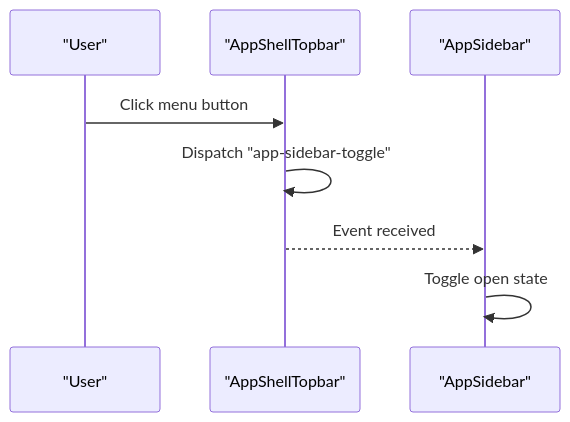
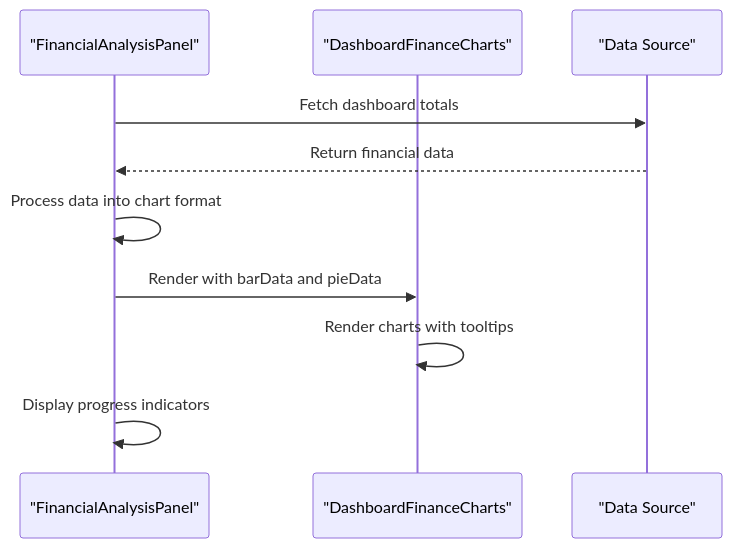
Before and after one commit to mustafaalkusaj/appschoolmustafa2002: the fourth of 5 diagrams in .qoder/repowiki/en/content/UI Components/UI Components.md, drawn with Mermaid. The commit also changed other lines of this file and 277 other files, not shown here.

````diff
--- a/.qoder/repowiki/en/content/UI Components/UI Components.md
+++ b/.qoder/repowiki/en/content/UI Components/UI Components.md
@@ -387,10 +376,12 @@
 ```mermaid
 sequenceDiagram
-participant U as "User"
-participant TB as "AppShellTopbar"
-participant SB as "AppSidebar"
-U->>TB : Click menu button
-TB->>TB : Dispatch "app-sidebar-toggle"
-TB-->>SB : Event received
-SB->>SB : Toggle open state
+participant FP as "FinancialAnalysisPanel"
+participant DC as "DashboardFinanceCharts"
+participant DS as "Data Source"
+FP->>DS : Fetch dashboard totals
+DS-->>FP : Return financial data
+FP->>FP : Process data into chart format
+FP->>DC : Render with barData and pieData
+DC->>DC : Render charts with tooltips
+FP->>FP : Display progress indicators
 ```
````
